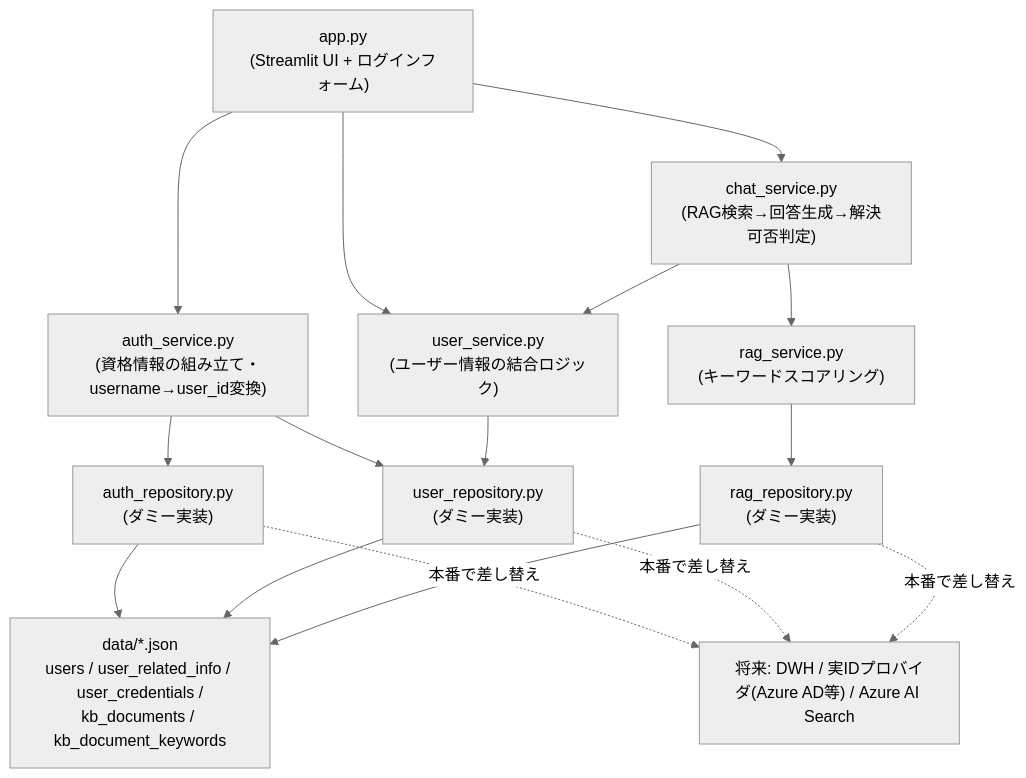
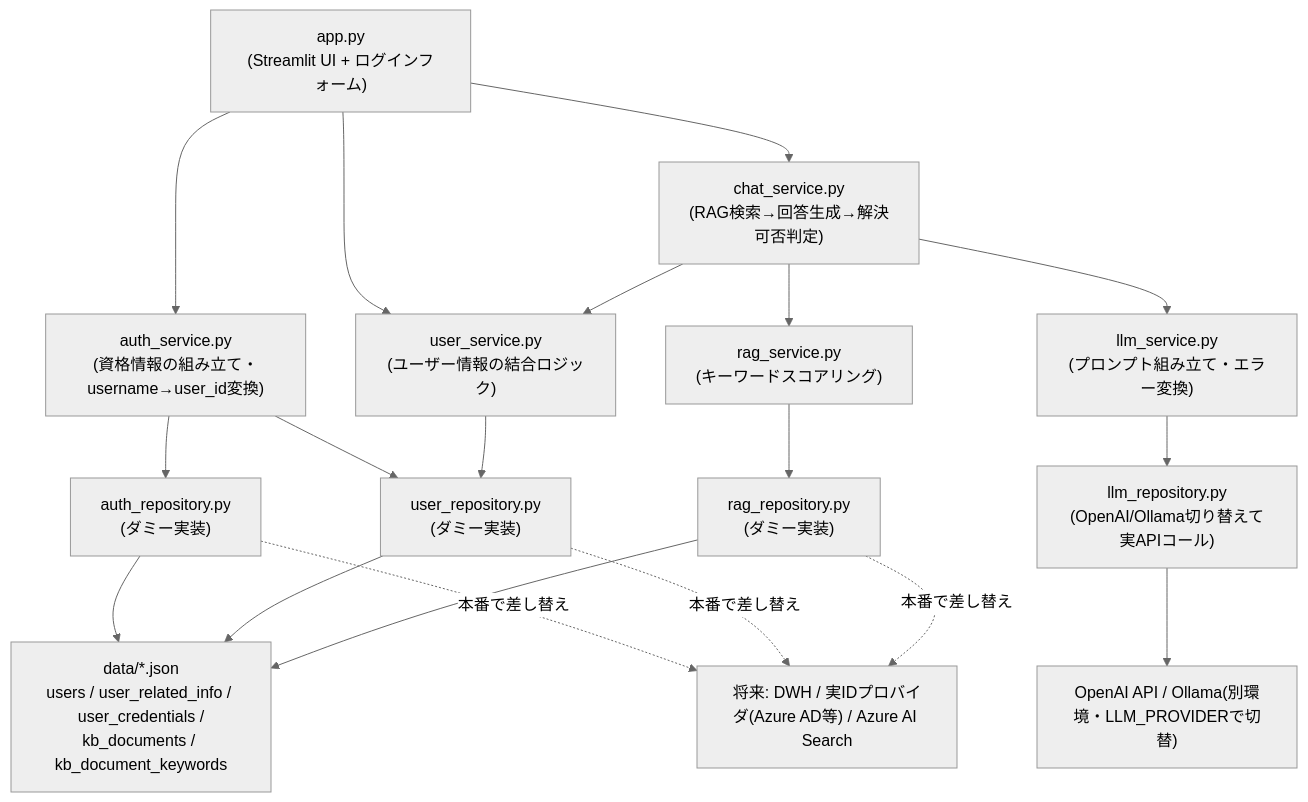
One commit to sakagami0615/dev-sample-lab changed the diagram in sample-streamlit/samples/README.md. Above: the diagram before and after it, drawn with Mermaid (neutral theme). The commit also changed other lines of this file and 10 other files, not shown here.

Commit message:
feat: chat_supportにLLMによる回答生成を追加(OpenAI/Ollama対応)

````diff
--- a/sample-streamlit/samples/README.md
+++ b/sample-streamlit/samples/README.md
@@ -64,29 +69,35 @@
 ```mermaid
 graph TD
     UI["app.py<br/>(Streamlit UI + ログインフォーム)"]
     Chat["chat_service.py<br/>(RAG検索→回答生成→解決可否判定)"]
     AuthSvc["auth_service.py<br/>(資格情報の組み立て・username→user_id変換)"]
     UserSvc["user_service.py<br/>(ユーザー情報の結合ロジック)"]
     RagSvc["rag_service.py<br/>(キーワードスコアリング)"]
+    LlmSvc["llm_service.py<br/>(プロンプト組み立て・エラー変換)"]
+    LlmRepo["llm_repository.py<br/>(OpenAI/Ollama切り替えて実APIコール)"]
     AuthRepo["auth_repository.py<br/>(ダミー実装)"]
     UserRepo["user_repository.py<br/>(ダミー実装)"]
     RagRepo["rag_repository.py<br/>(ダミー実装)"]
     Data["data/*.json<br/>users / user_related_info / user_credentials /<br/>kb_documents / kb_document_keywords"]
     Future["将来: DWH / 実IDプロバイダ(Azure AD等) / Azure AI Search"]
+    LlmExternal["OpenAI API / Ollama(別環境・LLM_PROVIDERで切替)"]
 
     UI --> AuthSvc
     UI --> Chat
     UI --> UserSvc
     Chat --> UserSvc
     Chat --> RagSvc
+    Chat --> LlmSvc
+    LlmSvc --> LlmRepo
     AuthSvc --> AuthRepo
     AuthSvc --> UserRepo
     UserSvc --> UserRepo
     RagSvc --> RagRepo
     AuthRepo --> Data
     UserRepo --> Data
     RagRepo --> Data
+    LlmRepo --> LlmExternal
     AuthRepo -.本番で差し替え.-> Future
     UserRepo -.本番で差し替え.-> Future
     RagRepo -.本番で差し替え.-> Future
 ```
````
